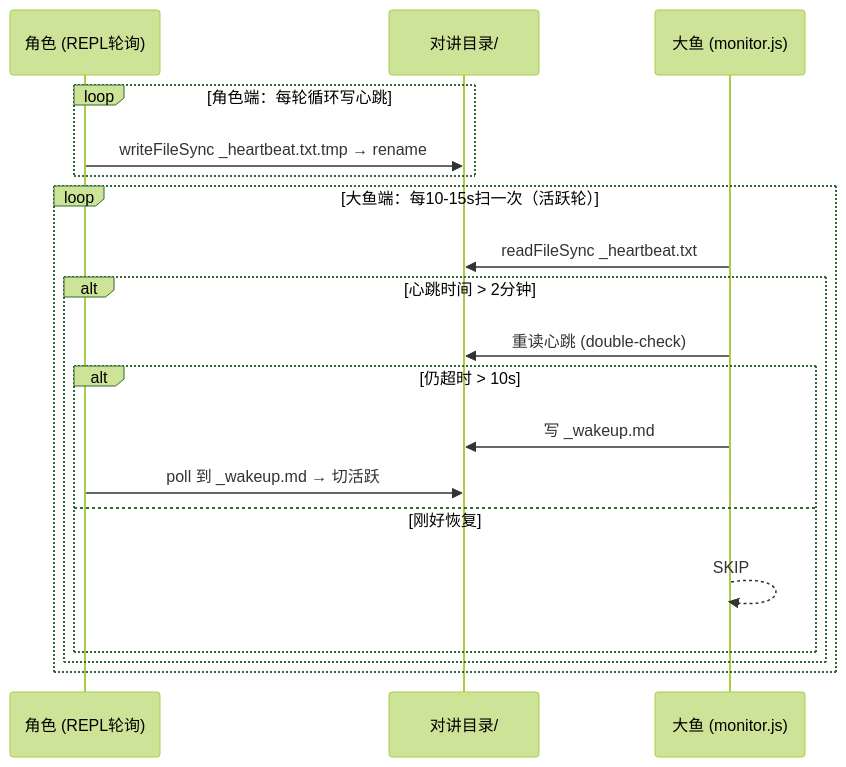
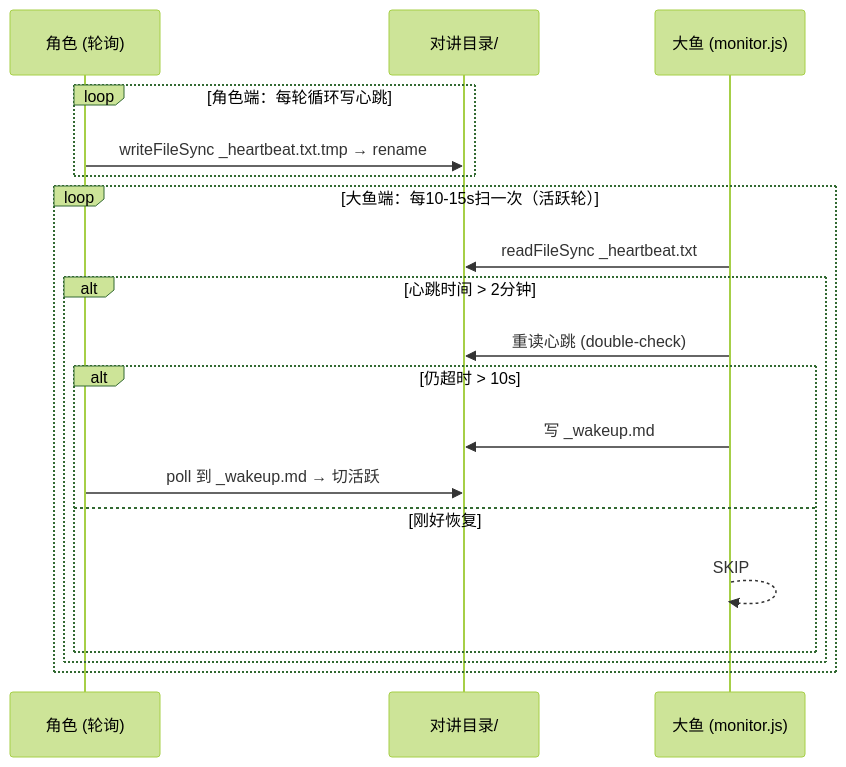
The eighth of 11 diagrams in 设计文档/初代-codex-ninja.md (whereismymindM/Codex-Ninja), drawn with Mermaid (forest theme) before and after one commit. The commit also changed other lines of this file and 25 other files, not shown here.

````diff
--- a/设计文档/初代-codex-ninja.md
+++ b/设计文档/初代-codex-ninja.md
@@ -242,23 +244,23 @@
 ```mermaid
 sequenceDiagram
-    participant 角色 as 角色 (REPL轮询)
+    participant 角色 as 角色 (轮询)
     participant 对讲目录 as 对讲目录/
     participant 大鱼 as 大鱼 (monitor.js)
 
     loop 角色端：每轮循环写心跳
         角色->>对讲目录: writeFileSync _heartbeat.txt.tmp → rename
     end
 
     loop 大鱼端：每10-15s扫一次（活跃轮）
         大鱼->>对讲目录: readFileSync _heartbeat.txt
         alt 心跳时间 > 2分钟
             大鱼->>对讲目录: 重读心跳 (double-check)
             alt 仍超时 > 10s
                 大鱼->>对讲目录: 写 _wakeup.md
                 角色->>对讲目录: poll 到 _wakeup.md → 切活跃
             else 刚好恢复
                 大鱼-->>大鱼: SKIP
             end
         end
     end
 ```
````
